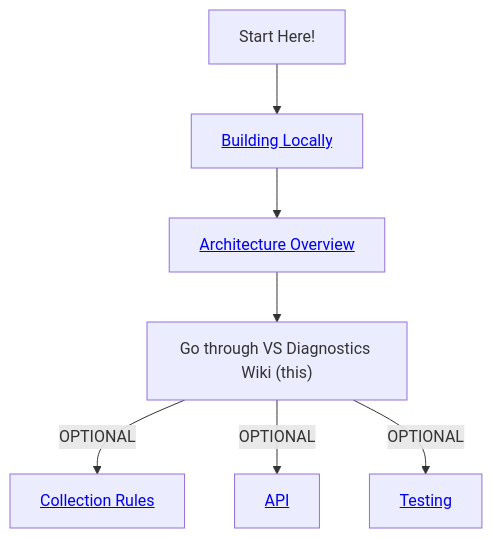
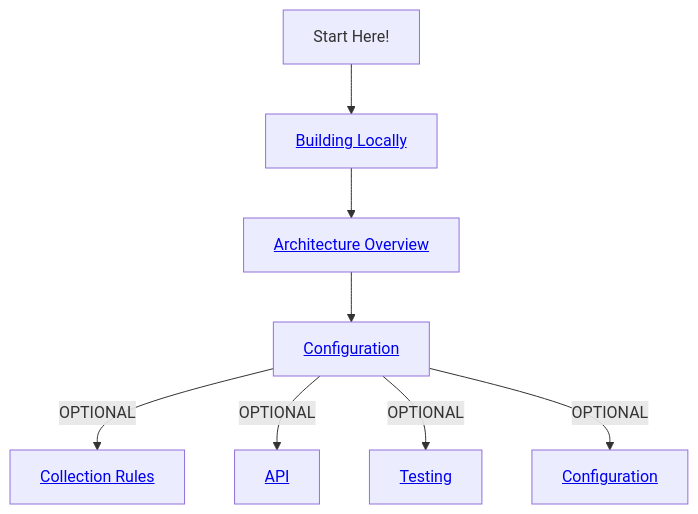
One commit to dotnet/dotnet-monitor changed the diagram in documentation/learningPath/README.md. Above: the diagram before and after it, drawn with Mermaid.

````diff
--- a/documentation/learningPath/README.md
+++ b/documentation/learningPath/README.md
@@ -8,9 +8,10 @@
 ```mermaid
 graph TD
     B[Start Here!] --> C[<a href='https://github.com/dotnet/dotnet-monitor/blob/main/documentation/building.md'>Building Locally</a>]
     C --> D[<a href='https://github.com/kkeirstead/dotnet-monitor/blob/kkeirstead/LearningPath/documentation/learningPath/architecture.md'>Architecture Overview</a>]
-    D --> G["Go through VS Diagnostics Wiki (this)"]
+    D --> G[<a href='https://github.com/kkeirstead/dotnet-monitor/blob/kkeirstead/LearningPath/documentation/learningPath/architecture.md'>Configuration</a>]
     G --> |OPTIONAL| H[<a href='https://github.com/kkeirstead/dotnet-monitor/blob/kkeirstead/LearningPath/documentation/learningPath/collectionrules.md'>Collection Rules</a>]
     G --> |OPTIONAL| I[<a href='https://github.com/kkeirstead/dotnet-monitor/blob/kkeirstead/LearningPath/documentation/learningPath/api.md'>API</a>]
     G --> |OPTIONAL| J["<a href='https://github.com/kkeirstead/dotnet-monitor/blob/kkeirstead/LearningPath/documentation/learningPath/testing.md'>Testing</a>"]
+    G --> |OPTIONAL| K["<a href='https://github.com/kkeirstead/dotnet-monitor/blob/kkeirstead/LearningPath/documentation/learningPath/configuration.md'>Configuration</a>"]
 ```
````
